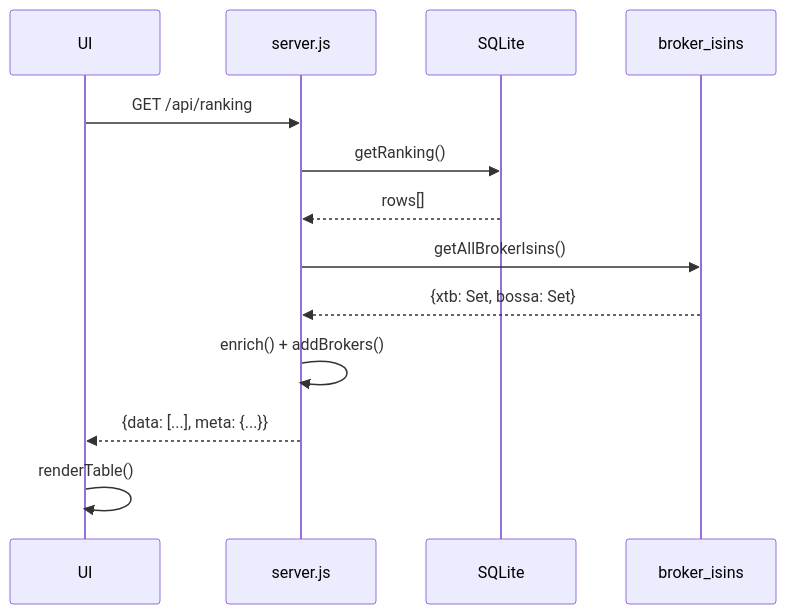
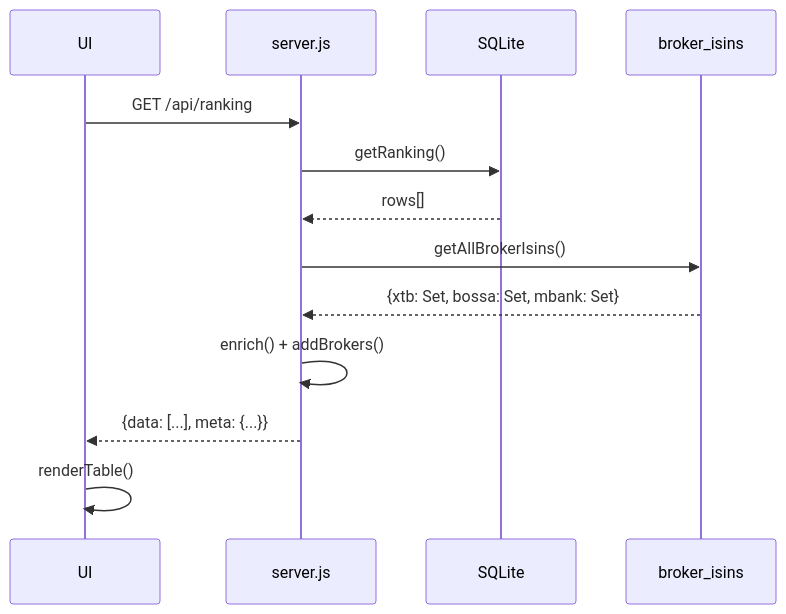
One commit to konjas/momentum changed the third of 3 diagrams in README.md. Above: the diagram before and after it, drawn with Mermaid. The commit also changed other lines of this file and 5 other files, not shown here.

````diff
--- a/README.md
+++ b/README.md
@@ -113,16 +116,16 @@
 ```mermaid
 sequenceDiagram
     participant UI
     participant API as server.js
     participant DB as SQLite
     participant Broker as broker_isins
 
     UI->>API: GET /api/ranking
     API->>DB: getRanking()
     DB-->>API: rows[]
     API->>Broker: getAllBrokerIsins()
-    Broker-->>API: {xtb: Set, bossa: Set}
+    Broker-->>API: {xtb: Set, bossa: Set, mbank: Set}
     API->>API: enrich() + addBrokers()
     API-->>UI: {data: [...], meta: {...}}
     UI->>UI: renderTable()
 ```
````
